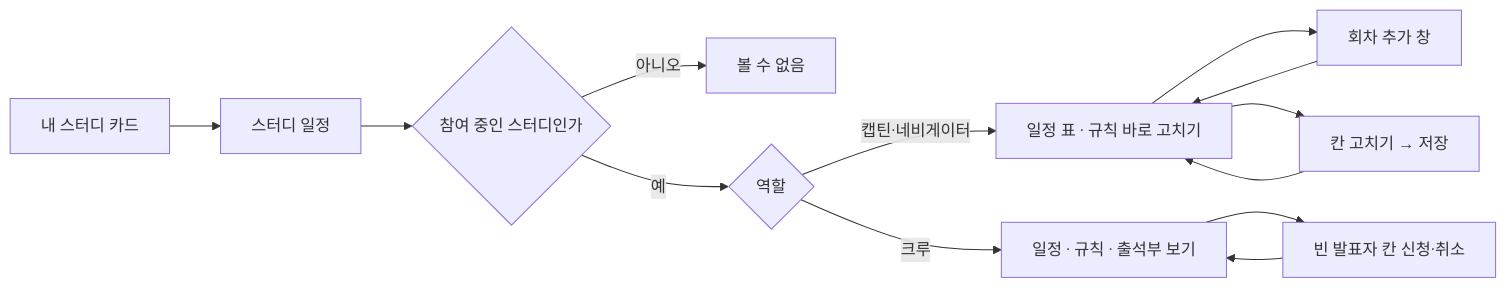
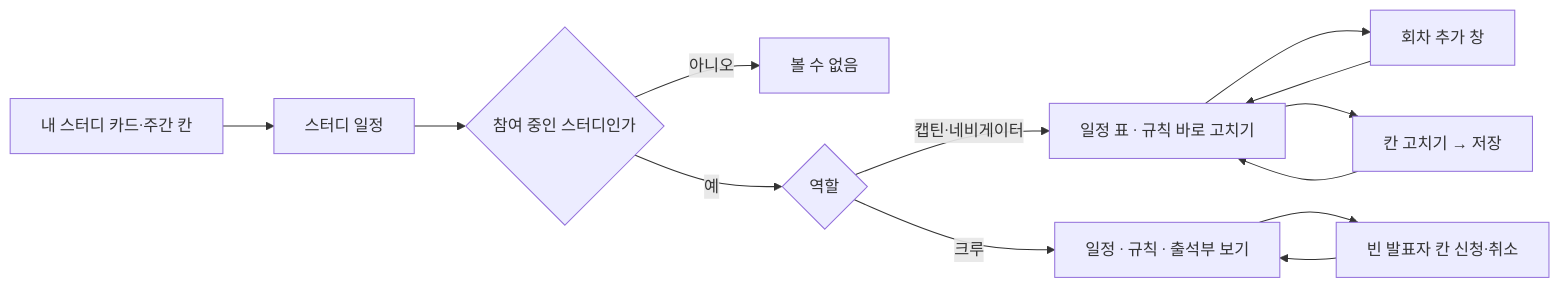
Before and after one commit to StudyClub-PlusPlus/studyclub-engineering: the first of 2 diagrams in planning/stories/navigator-register-sessions/PRD.md, drawn with Mermaid. The commit also changed other lines of this file and 8 other files, not shown here.

````diff
--- a/planning/stories/navigator-register-sessions/PRD.md
+++ b/planning/stories/navigator-register-sessions/PRD.md
@@ -12,15 +12,15 @@
 ```mermaid
 flowchart LR
-  A["내 스터디 카드"] --> B["스터디 일정"]
+  A["내 스터디 카드·주간 칸"] --> B["스터디 일정"]
   B --> C{"참여 중인 스터디인가"}
   C -->|아니오| D["볼 수 없음"]
   C -->|예| R{"역할"}
   R -->|캡틴·네비게이터| E["일정 표 · 규칙 바로 고치기"]
   E --> F["회차 추가 창"]
   F --> E
   E --> S["칸 고치기 → 저장"]
   S --> E
   R -->|크루| V["일정 · 규칙 · 출석부 보기"]
   V --> P["빈 발표자 칸 신청·취소"]
   P --> V
 ```
````
